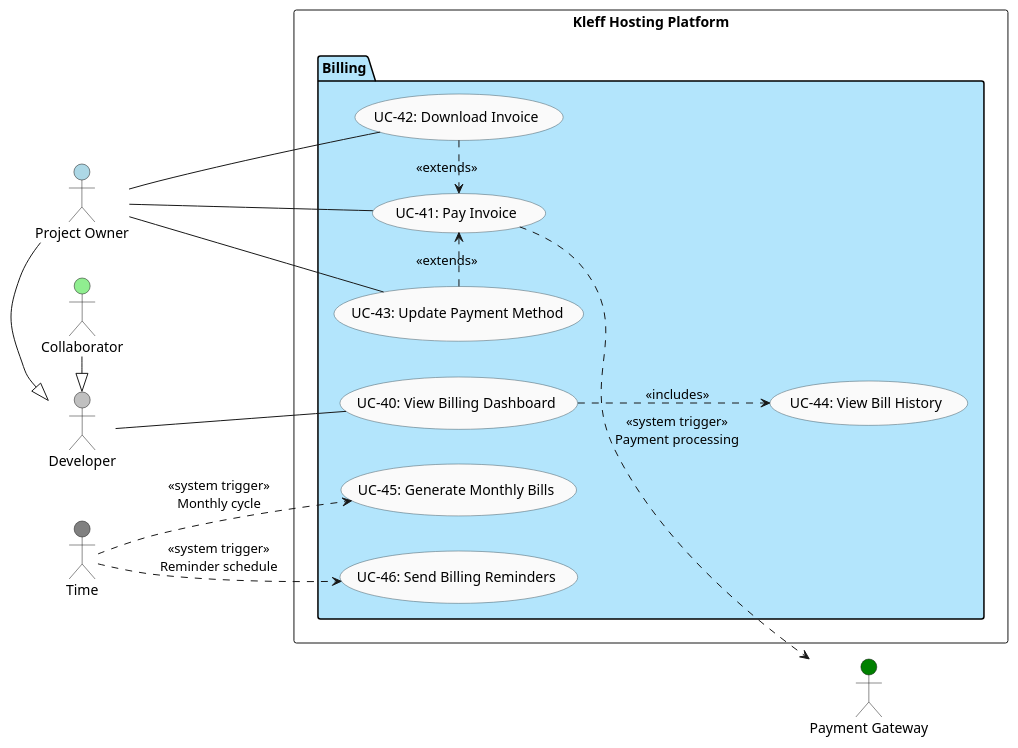
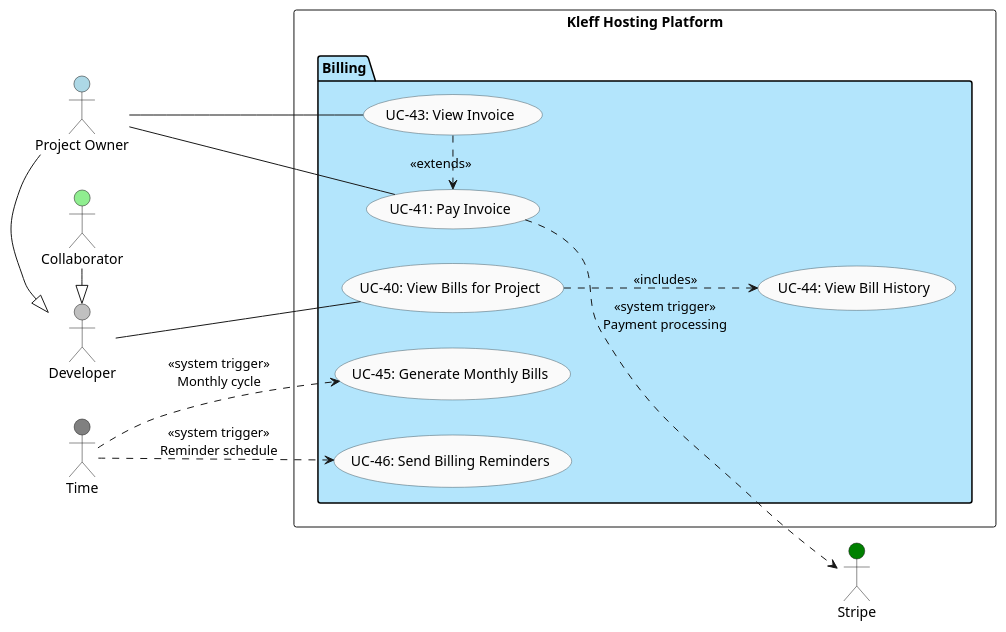
One commit to kleffio/.github changed the diagram in docs/Billing/BillingUseCase.puml. Above: the diagram before and after it, drawn with PlantUML. The commit also changed 2 other files, not shown here.

Commit message:
updated documentation for projects and billing to match the current implementation

```diff
--- a/docs/Billing/BillingUseCase.puml
+++ b/docs/Billing/BillingUseCase.puml
@@ -1,56 +1,53 @@
 @startuml Kleff Hosting - Billing Use Cases
 left to right direction
 skinparam shadowing false
 skinparam usecase {
   BackgroundColor #FAFAFA
   BorderColor #455A64
   RoundCorner 14
 }
 
 ' ==== Actors ====
 actor "Developer" as AuthUser #silver
 actor "Project Owner" as Owner #lightblue
 actor "Collaborator" as Collab #lightgreen
-actor "Payment Gateway" as Payment #green
+actor "Stripe" as Payment #green
 actor "Time" as TimeActor #gray
 
 Owner -|> AuthUser
 Collab -|> AuthUser
 
 rectangle "Kleff Hosting Platform" {
 
   package "Billing" #B3E5FC {
-    usecase "UC-40: View Billing Dashboard" as UC40
+    usecase "UC-40: View Bills for Project" as UC40
     usecase "UC-41: Pay Invoice" as UC41
-    usecase "UC-42: Download Invoice" as UC42
-    usecase "UC-43: Update Payment Method" as UC43
+    usecase "UC-43: View Invoice" as UC43
     usecase "UC-44: View Bill History" as UC44
 
     ' NEW Automatic time-based billing use cases
     usecase "UC-45: Generate Monthly Bills" as UC45
     usecase "UC-46: Send Billing Reminders" as UC46
   }
 }
 
 ' ==== Actor Relationships ====
 AuthUser -- UC40
 
 Owner -- UC41
-Owner -- UC42
 Owner -- UC43
 
 ' ==== Time-based System Triggers ====
 TimeActor ..> UC45 : <<system trigger>>\nMonthly cycle
 TimeActor ..> UC46 : <<system trigger>>\nReminder schedule
 
 ' ==== External System Trigger ====
 UC41 ..> Payment : <<system trigger>>\nPayment processing
 
 ' ==== EXTENDS ====
-UC42 .> UC41 : <<extends>>
 UC43 .> UC41 : <<extends>>
 
 ' ==== INCLUDES ====
 UC40 ..> UC44 : <<includes>>
 
 @enduml
```
